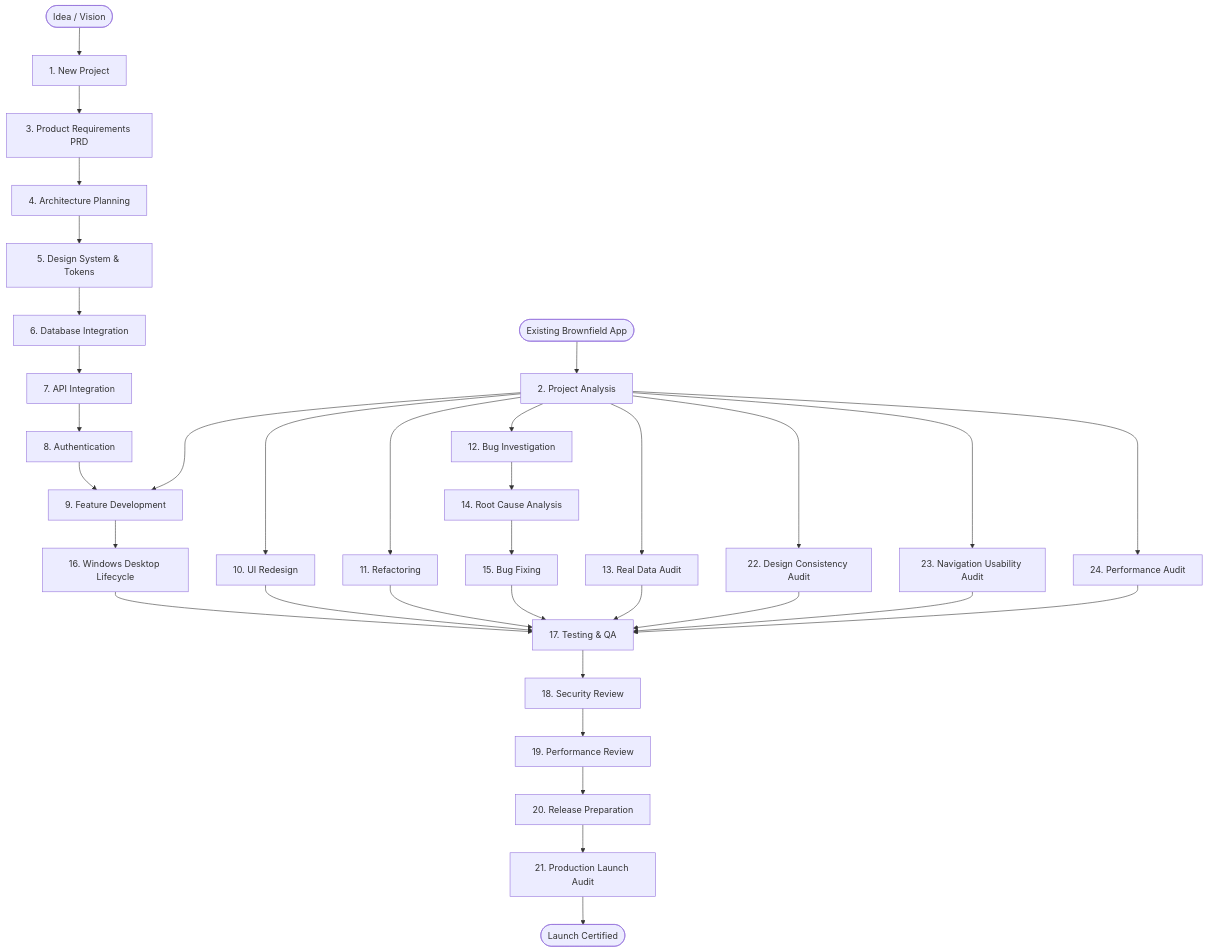
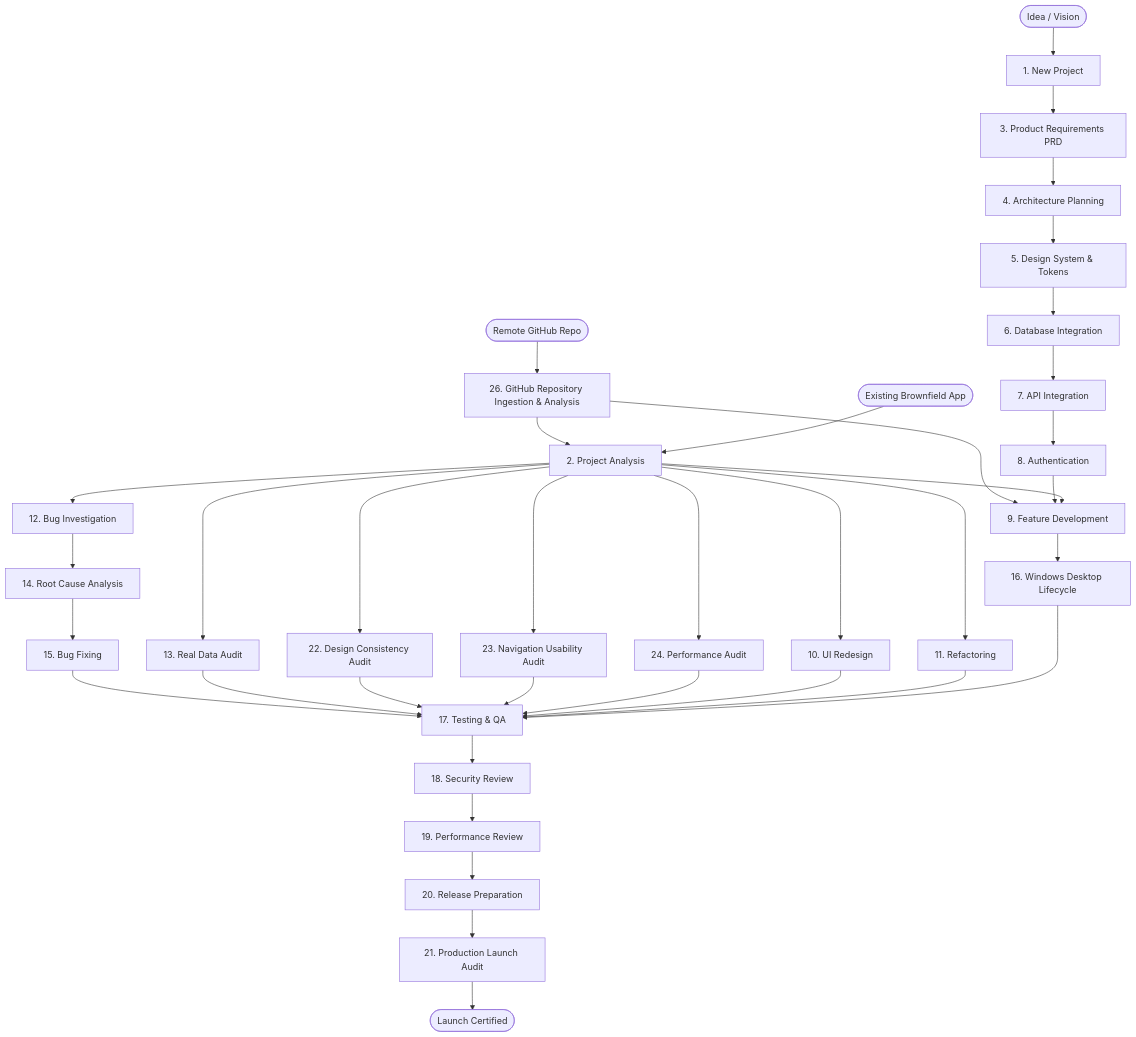
Before and after one commit to valaprashant97/flutter-agent-kit: the diagram in docs/WORKFLOWS.md, drawn with Mermaid. The commit also changed other lines of this file and 18 other files, not shown here.

````diff
--- a/docs/WORKFLOWS.md
+++ b/docs/WORKFLOWS.md
@@ -9,40 +9,44 @@
 ```mermaid
 flowchart TD
+    GitHub([Remote GitHub Repo]) --> WF26[26. GitHub Repository Ingestion & Analysis]
+    WF26 --> WF2[2. Project Analysis]
+    WF26 --> WF9[9. Feature Development]
+
     Concept([Idea / Vision]) --> WF1[1. New Project]
     WF1 --> WF3[3. Product Requirements PRD]
     WF3 --> WF4[4. Architecture Planning]
     WF4 --> WF5[5. Design System & Tokens]
     WF5 --> WF6[6. Database Integration]
     WF6 --> WF7[7. API Integration]
     WF7 --> WF8[8. Authentication]
     WF8 --> WF9[9. Feature Development]
     
     Existing([Existing Brownfield App]) --> WF2[2. Project Analysis]
     WF2 --> WF9
     WF2 --> WF10[10. UI Redesign]
     WF2 --> WF11[11. Refactoring]
     WF2 --> WF12[12. Bug Investigation]
     WF2 --> WF13[13. Real Data Audit]
     WF2 --> WF22[22. Design Consistency Audit]
     WF2 --> WF23[23. Navigation Usability Audit]
     WF2 --> WF24[24. Performance Audit]
 
     WF12 --> WF14[14. Root Cause Analysis]
     WF14 --> WF15[15. Bug Fixing]
     WF15 --> WF17[17. Testing & QA]
     WF13 --> WF17
     WF22 --> WF17
     WF23 --> WF17
     WF24 --> WF17
 
     WF9 --> WF16[16. Windows Desktop Lifecycle]
     WF10 --> WF17
     WF11 --> WF17
     WF16 --> WF17
 
     WF17 --> WF18[18. Security Review]
     WF18 --> WF19[19. Performance Review]
     WF19 --> WF20[20. Release Preparation]
     WF20 --> WF21[21. Production Launch Audit]
     WF21 --> Certified([Launch Certified])
 ```
````
